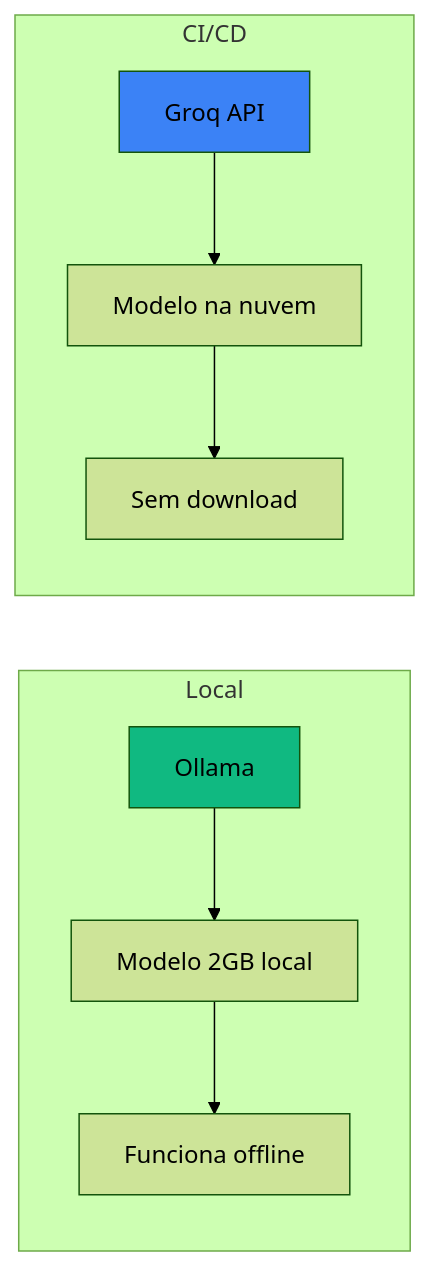
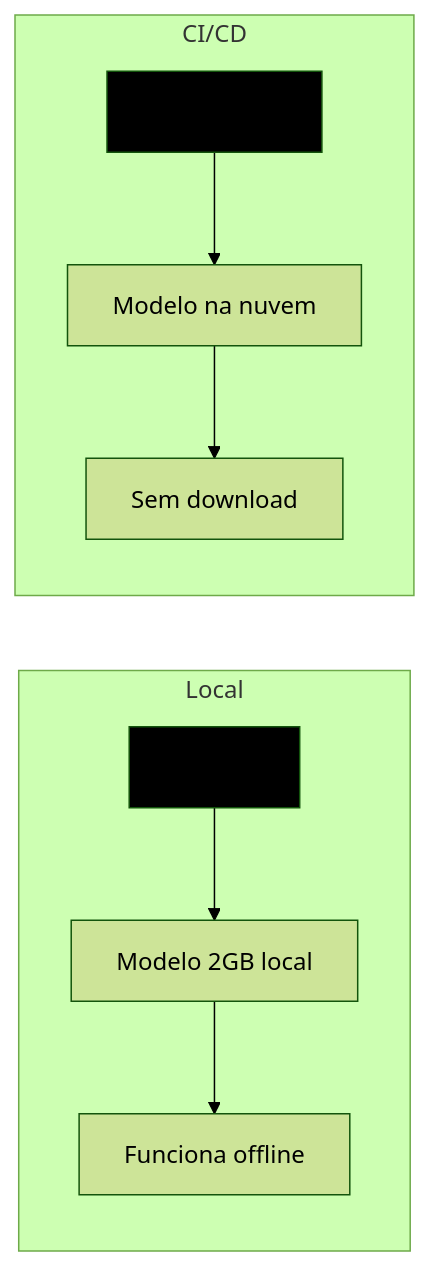
Before and after one commit to josenetoo/fiap-dclt-aula07: the third of 6 diagrams in VIDEO-7.1-PASSO-A-PASSO-v3.md, drawn with Mermaid (forest theme). The commit also changed other lines of this file and 5 other files, not shown here.

Commit message:
Remover workflows de IA com Gemini API e atualizar documentação para refletir mudança de Groq para Gemini em todos os tutoriais

````diff
--- a/VIDEO-7.1-PASSO-A-PASSO-v3.md
+++ b/VIDEO-7.1-PASSO-A-PASSO-v3.md
@@ -93,15 +93,15 @@
 ```mermaid
 graph LR
     subgraph "Local"
         A[Ollama] --> B[Modelo 2GB local]
         B --> C[Funciona offline]
     end
     
     subgraph "CI/CD"
-        D[Groq API] --> E[Modelo na nuvem]
+        D[Gemini API] --> E[Modelo na nuvem]
         E --> F[Sem download]
     end
     
-    style A fill:#10b981
-    style D fill:#3b82f6
+    style A fill:#000000
+    style D fill:#000000
 ```
````
